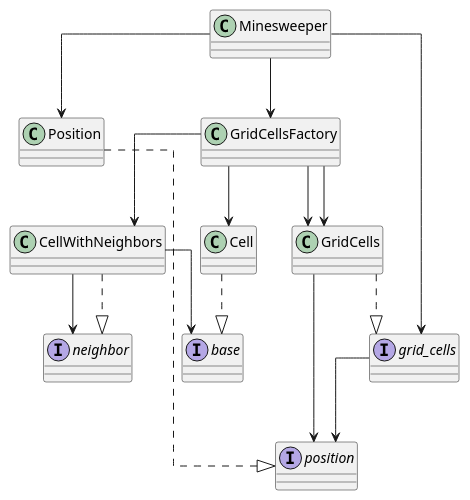
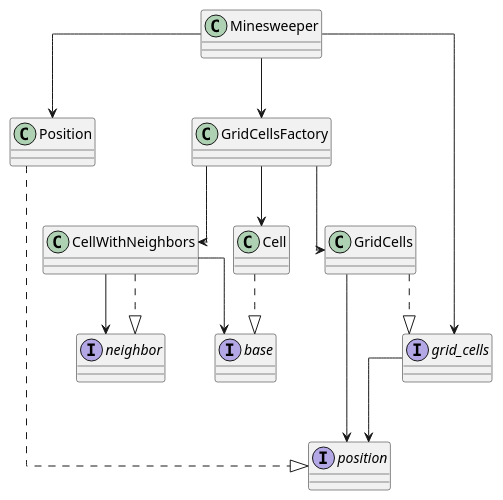
One commit to Yuhi-Sato/minesweeper changed the diagram in diagrams/overview.plantuml. Above: the diagram before and after it, drawn with PlantUML. The commit also changed 1 other file, not shown here.

```diff
--- a/diagrams/overview.plantuml
+++ b/diagrams/overview.plantuml
@@ -1,37 +1,35 @@
 @startuml overview
 
 top to bottom direction
 
 skinparam defaultFontName HackGen
 
 skinparam linetype ortho
 
 interface grid_cells {}
 interface position {}
 interface neighbor {}
 interface base {}
 
 Minesweeper --> Position
 Minesweeper --> GridCellsFactory
 Minesweeper --> grid_cells
-
-GridCellsFactory --> GridCells
 
 GridCells ..|> grid_cells
 GridCells --> position
 
 grid_cells --> position
 
 Position ..|> position
 
 GridCellsFactory --> Cell
 GridCellsFactory --> CellWithNeighbors
 GridCellsFactory --> GridCells
 
 CellWithNeighbors --> neighbor
 CellWithNeighbors ..|> neighbor
 CellWithNeighbors --> base
 
 Cell ..|> base
 
 @enduml
```
